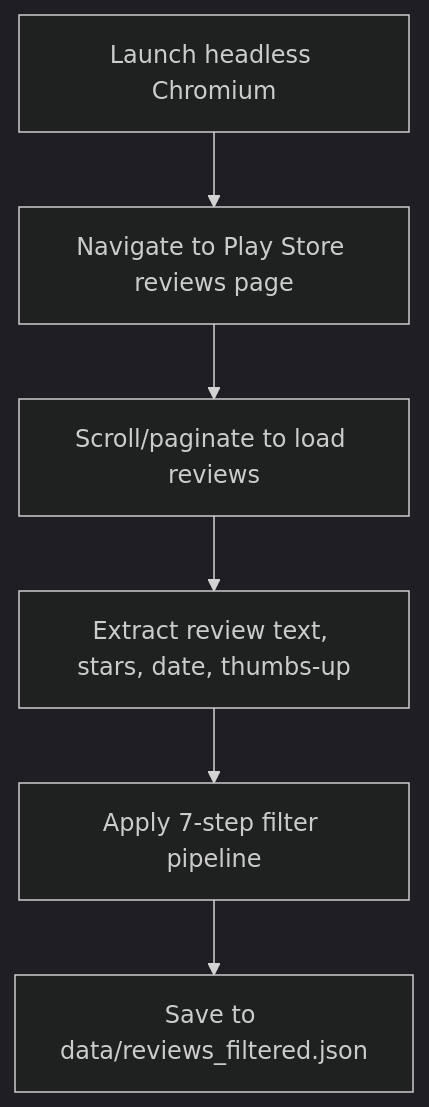
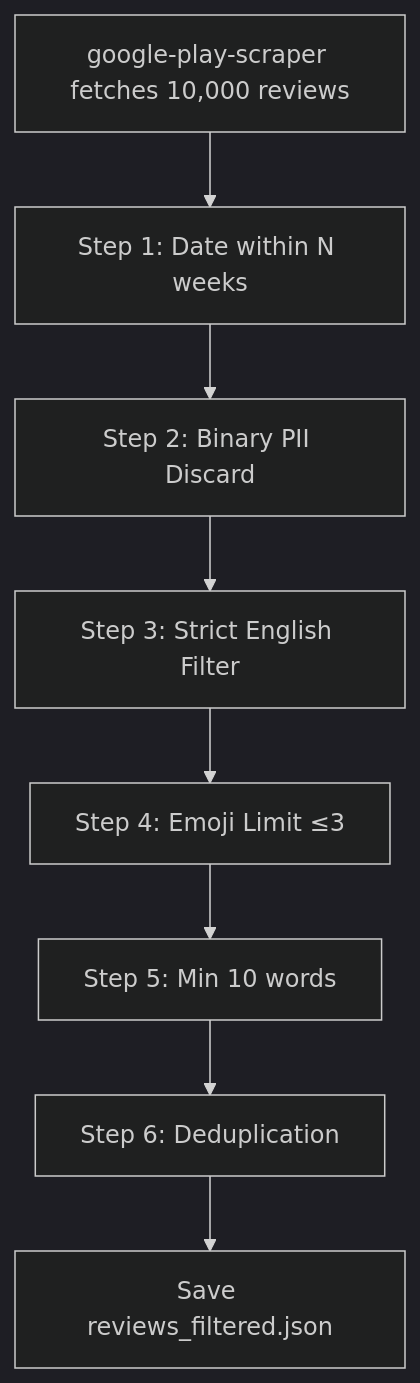
One commit to swayam-kr/M2_MCP_AI_Automation changed the fourth of 11 diagrams in architecture.md. Above: the diagram before and after it, drawn with Mermaid (dark theme). The commit also changed other lines of this file and 1 other file, not shown here.

Commit message:
Docs: rewrite architecture.md as portfolio playbook + create API_DOCS.md with endpoint specs, MCP protocol, and LLM internals

````diff
--- a/architecture.md
+++ b/architecture.md
@@ -368,8 +284,10 @@
 ```mermaid
 graph TD
-    A["Launch headless Chromium"] --> B["Navigate to Play Store reviews page"]
-    B --> C["Scroll/paginate to load reviews"]
-    C --> D["Extract review text, stars, date, thumbs-up"]
-    D --> E["Apply 7-step filter pipeline"]
-    E --> F["Save to data/reviews_filtered.json"]
+    A["google-play-scraper fetches 10,000 reviews"] --> B["Step 1: Date within N weeks"]
+    B --> C["Step 2: Binary PII Discard"]
+    C --> D["Step 3: Strict English Filter"]
+    D --> E["Step 4: Emoji Limit ≤3"]
+    E --> F["Step 5: Min 10 words"]
+    F --> G["Step 6: Deduplication"]
+    G --> H["Save reviews_filtered.json"]
 ```
````
